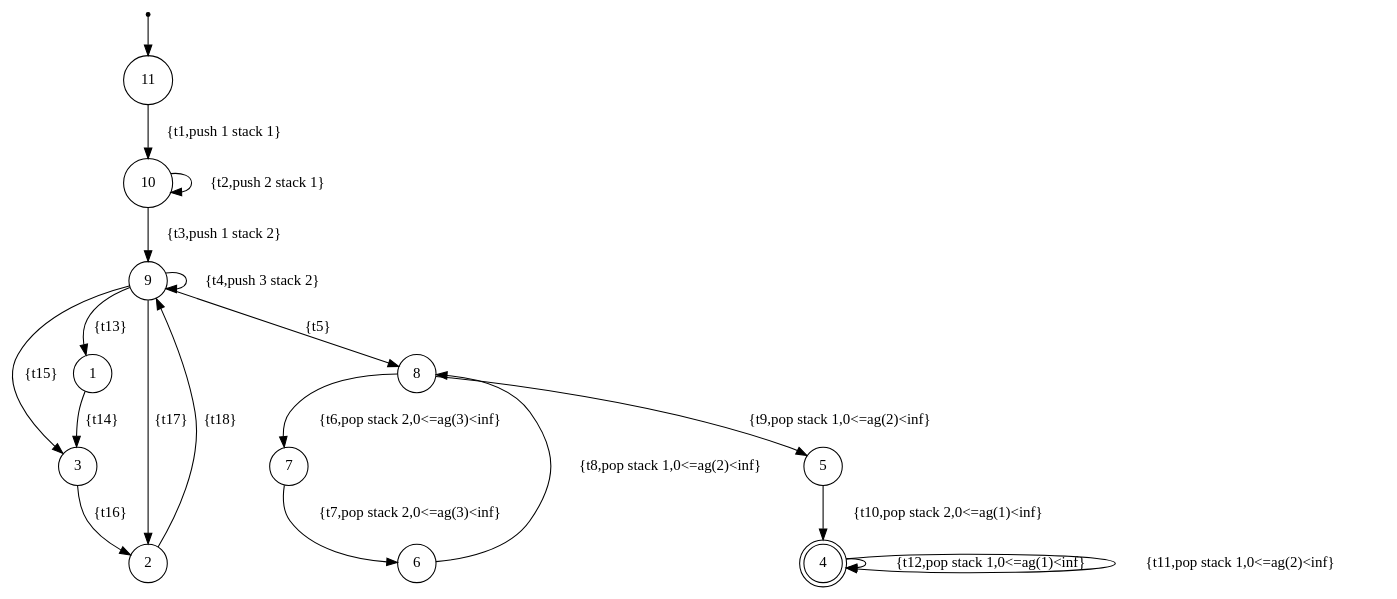
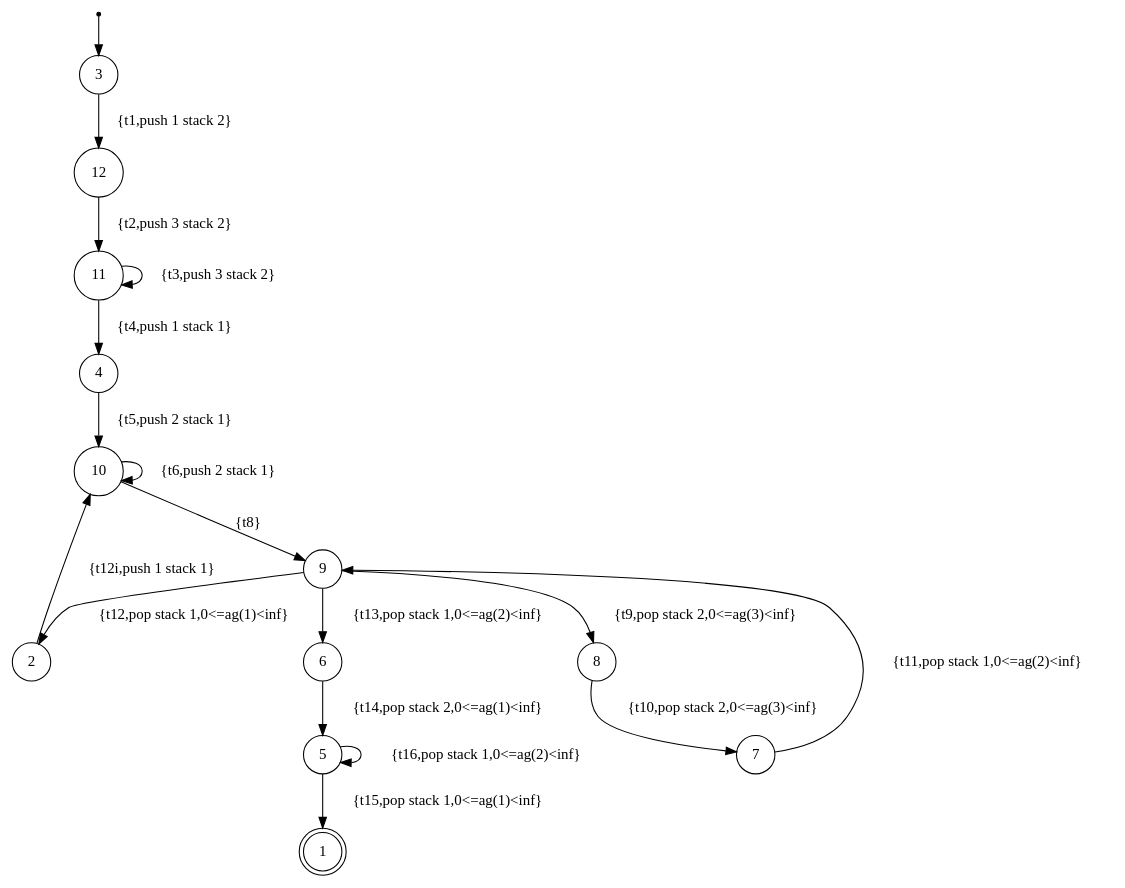
Before and after one commit to Sparsa/bhim: the diagram in Benchmarks in Paper/unTimed/MultiProdCon/MultiProdCons.xml.dot, drawn with Graphviz. The commit also changed 3 other files, not shown here.

```diff
--- a/Benchmarks in Paper/unTimed/MultiProdCon/MultiProdCons.xml.dot
+++ b/Benchmarks in Paper/unTimed/MultiProdCon/MultiProdCons.xml.dot
@@ -1,24 +1,22 @@
 digraph finite_state_machine {
 	node [shape = point ]; qi0;
-	node [shape = doublecircle];4;
+	node [shape = doublecircle];1;
 	node [shape=circle];
-	qi0 -> 11;
-	9 -> 2 [ label = "{t17}" ];
-	9 -> 3 [ label = "{t15}" ];
-	2 -> 9 [ label = "{t18}" ];
-	3 -> 2 [ label = "{t16}" ];
-	1 -> 3 [ label = "{t14}" ];
-	9 -> 1 [ label = "{t13}" ];
-	4 -> 4 [ label = "{t12,pop stack 1,0<=ag(1)<inf}" ];
-	4 -> 4 [ label = "{t11,pop stack 1,0<=ag(2)<inf}" ];
-	5 -> 4 [ label = "{t10,pop stack 2,0<=ag(1)<inf}" ];
-	8 -> 5 [ label = "{t9,pop stack 1,0<=ag(2)<inf}" ];
-	6 -> 8 [ label = "{t8,pop stack 1,0<=ag(2)<inf}" ];
-	7 -> 6 [ label = "{t7,pop stack 2,0<=ag(3)<inf}" ];
-	10 -> 10 [ label = "{t2,push 2 stack 1}" ];
-	9 -> 9 [ label = "{t4,push 3 stack 2}" ];
-	8 -> 7 [ label = "{t6,pop stack 2,0<=ag(3)<inf}" ];
-	9 -> 8 [ label = "{t5}" ];
-	10 -> 9 [ label = "{t3,push 1 stack 2}" ];
-	11 -> 10 [ label = "{t1,push 1 stack 1}" ];
+	qi0 -> 3;
+	5 -> 1 [ label = "{t15,pop stack 1,0<=ag(1)<inf}" ];
+	2 -> 10 [ label = "{t12i,push 1 stack 1}" ];
+	9 -> 2 [ label = "{t12,pop stack 1,0<=ag(1)<inf}" ];
+	3 -> 12 [ label = "{t1,push 1 stack 2}" ];
+	4 -> 10 [ label = "{t5,push 2 stack 1}" ];
+	11 -> 4 [ label = "{t4,push 1 stack 1}" ];
+	5 -> 5 [ label = "{t16,pop stack 1,0<=ag(2)<inf}" ];
+	6 -> 5 [ label = "{t14,pop stack 2,0<=ag(1)<inf}" ];
+	9 -> 6 [ label = "{t13,pop stack 1,0<=ag(2)<inf}" ];
+	7 -> 9 [ label = "{t11,pop stack 1,0<=ag(2)<inf}" ];
+	8 -> 7 [ label = "{t10,pop stack 2,0<=ag(3)<inf}" ];
+	11 -> 11 [ label = "{t3,push 3 stack 2}" ];
+	10 -> 10 [ label = "{t6,push 2 stack 1}" ];
+	9 -> 8 [ label = "{t9,pop stack 2,0<=ag(3)<inf}" ];
+	10 -> 9 [ label = "{t8}" ];
+	12 -> 11 [ label = "{t2,push 3 stack 2}" ];
 }
```
